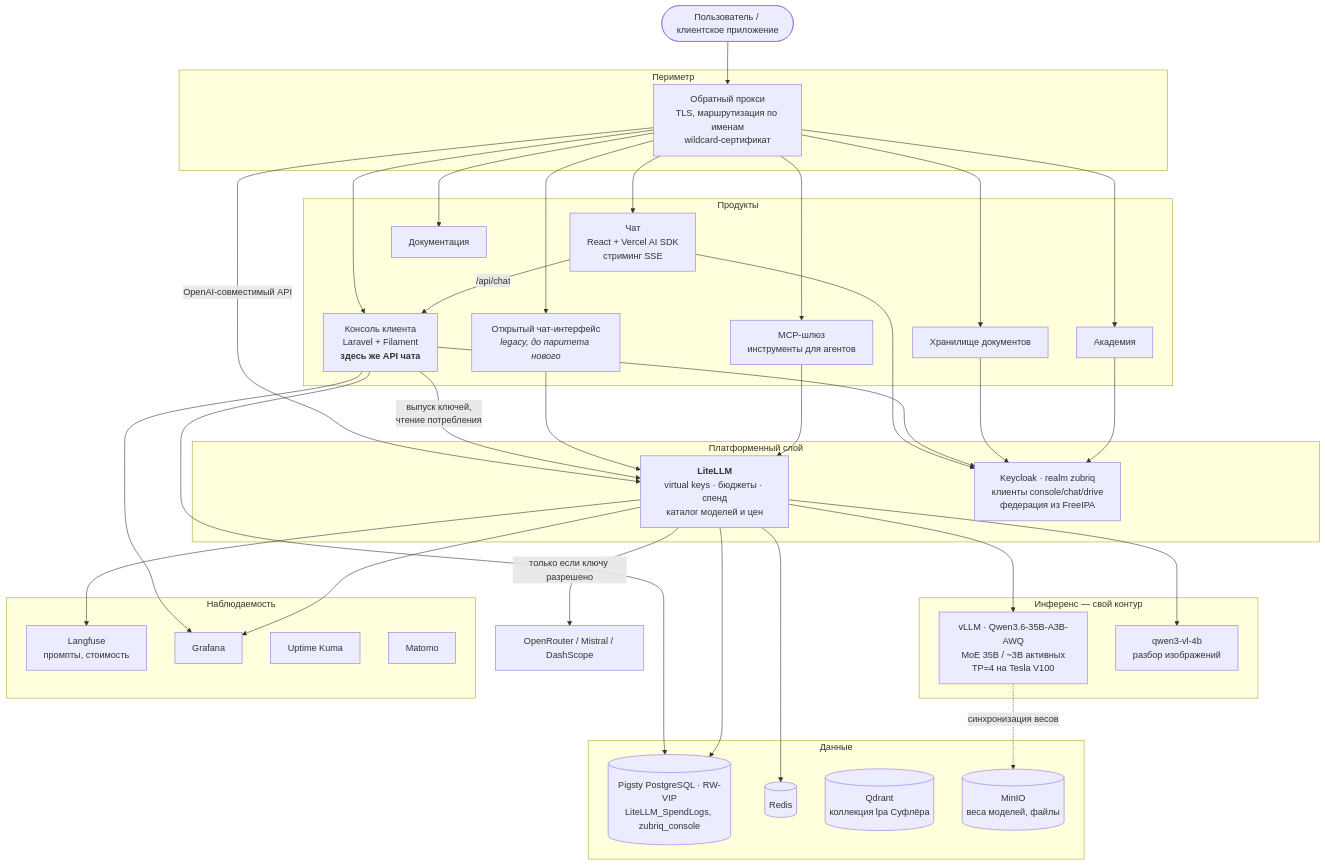
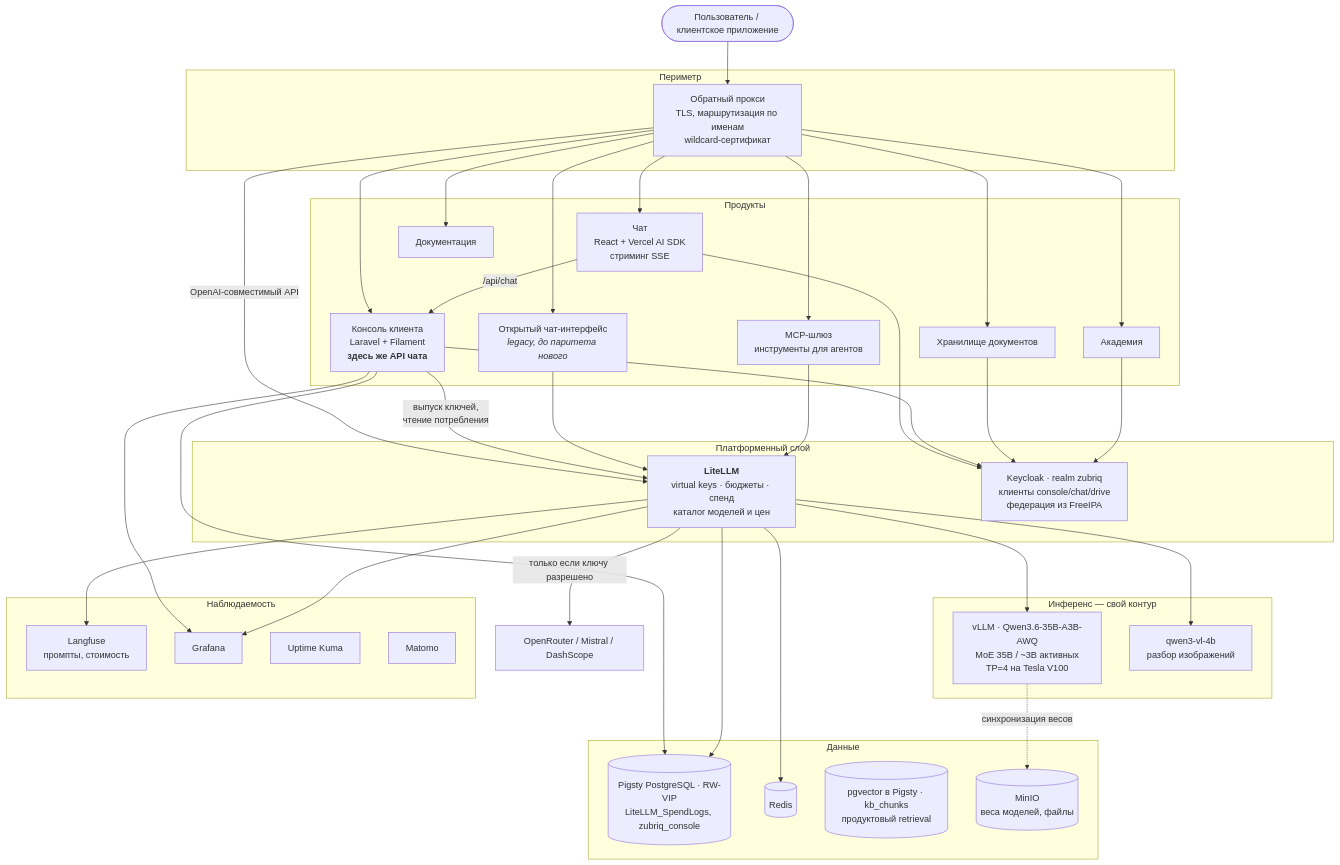
One commit to ZubikIT/ai-architect changed the second of 4 diagrams in zubriq-platform/docs/diagrams/c4.md. Above: the diagram before and after it, drawn with Mermaid. The commit also changed other lines of this file and 6 other files, not shown here.

````diff
--- a/zubriq-platform/docs/diagrams/c4.md
+++ b/zubriq-platform/docs/diagrams/c4.md
@@ -44,66 +44,66 @@
 ```mermaid
 flowchart TB
   user(["Пользователь / клиентское приложение"])
 
   subgraph edge["Периметр"]
     npm["Обратный прокси<br/>TLS, маршрутизация по именам<br/>wildcard-сертификат"]
   end
 
   subgraph products["Продукты"]
     chat["Чат<br/>React + Vercel AI SDK<br/>стриминг SSE"]
     console["Консоль клиента<br/>Laravel + Filament<br/><b>здесь же API чата</b>"]
     docs["Документация"]
     drive["Хранилище документов"]
     academy["Академия"]
     mcp["MCP-шлюз<br/>инструменты для агентов"]
     owui["Открытый чат-интерфейс<br/><i>legacy, до паритета нового</i>"]
   end
 
   subgraph platform["Платформенный слой"]
     gw["<b>LiteLLM</b><br/>virtual keys · бюджеты · спенд<br/>каталог моделей и цен"]
     kc["Keycloak · realm zubriq<br/>клиенты console/chat/drive<br/>федерация из FreeIPA"]
   end
 
   subgraph inference["Инференс — свой контур"]
     vllm["vLLM · Qwen3.6-35B-A3B-AWQ<br/>MoE 35B / ~3B активных<br/>TP=4 на Tesla V100"]
     vl["qwen3-vl-4b<br/>разбор изображений"]
   end
 
   subgraph data["Данные"]
     pg[("Pigsty PostgreSQL · RW-VIP<br/>LiteLLM_SpendLogs, zubriq_console")]
     redis[("Redis")]
-    qdrant[("Qdrant<br/>коллекция lpa Суфлёра")]
+    kb[("pgvector в Pigsty · kb_chunks<br/>продуктовый retrieval")]
     s3[("MinIO<br/>веса моделей, файлы")]
   end
 
   subgraph obs["Наблюдаемость"]
     lf["Langfuse<br/>промпты, стоимость"]
     graf["Grafana"]
     stat["Uptime Kuma"]
     an["Matomo"]
   end
 
   ext["OpenRouter / Mistral / DashScope"]
 
   user --> npm
   npm --> chat & console & docs & drive & academy & mcp & owui
   npm -->|"OpenAI-совместимый API"| gw
 
   chat -->|"/api/chat"| console
   console -->|"выпуск ключей,<br/>чтение потребления"| gw
   console --> pg
   owui --> gw
   mcp --> gw
 
   chat & console & drive & academy --> kc
 
   gw --> vllm
   gw --> vl
   gw -->|"только если ключу разрешено"| ext
   gw --> pg
   gw --> redis
 
   vllm -.->|"синхронизация весов"| s3
   gw --> lf
   console & gw --> graf
 ```
````
